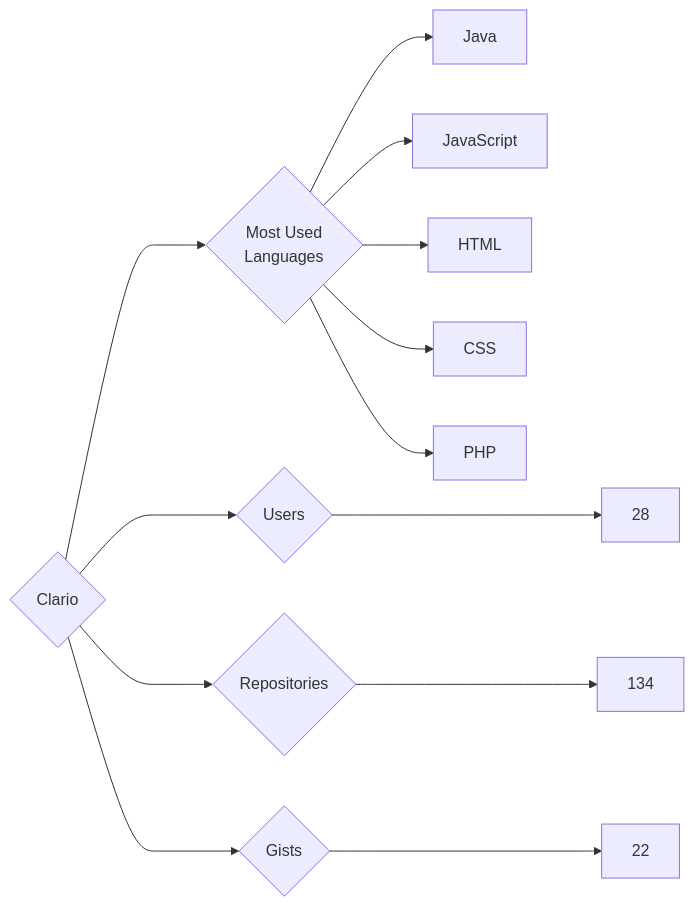
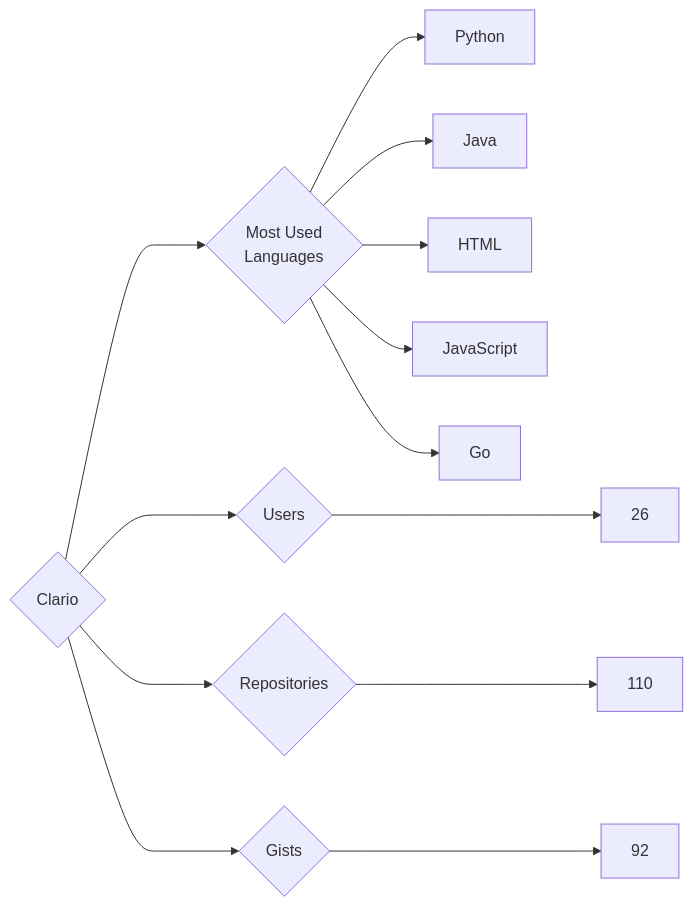
Before and after one commit to trickest/insiders: the diagram in targets/Clario/README.md, drawn with Mermaid. The commit also changed 715 other files, not shown here.

````diff
--- a/targets/Clario/README.md
+++ b/targets/Clario/README.md
@@ -3,13 +3,13 @@
 ```mermaid
 graph LR
 COMPANY_NAME{Clario}
-COMPANY_NAME ---> U{Users} ---> UN[28]
-COMPANY_NAME ---> R{Repositories} ---> RN[134]
-COMPANY_NAME ---> G{Gists} ---> GN[22]
+COMPANY_NAME ---> U{Users} ---> UN[26]
+COMPANY_NAME ---> R{Repositories} ---> RN[110]
+COMPANY_NAME ---> G{Gists} ---> GN[92]
 COMPANY_NAME ---> ML{Most Used<br>Languages}
+ML --> Python[Python]
 ML --> Java[Java]
+ML --> HTML[HTML]
 ML --> JavaScript[JavaScript]
-ML --> HTML[HTML]
-ML --> CSS[CSS]
-ML --> PHP[PHP]
+ML --> Go[Go]
 ```
````
